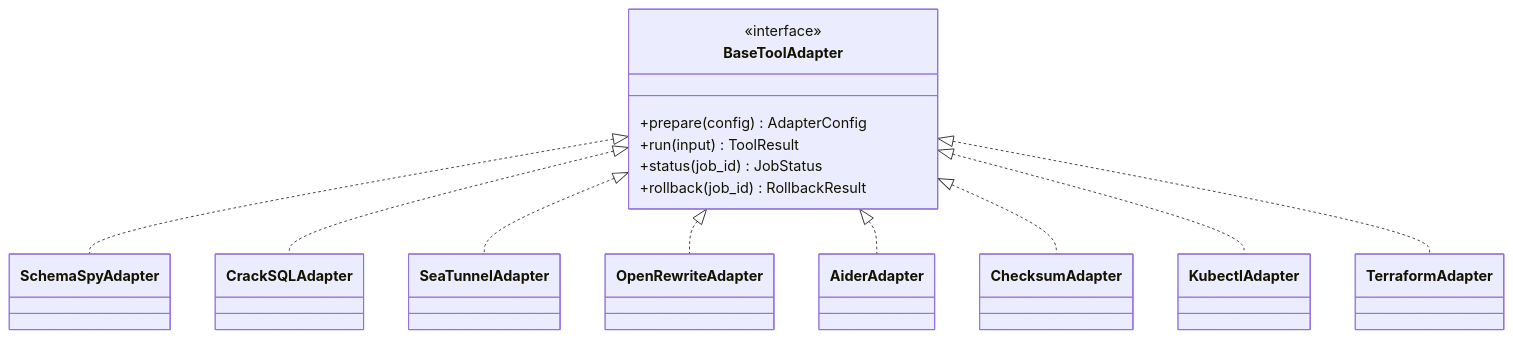
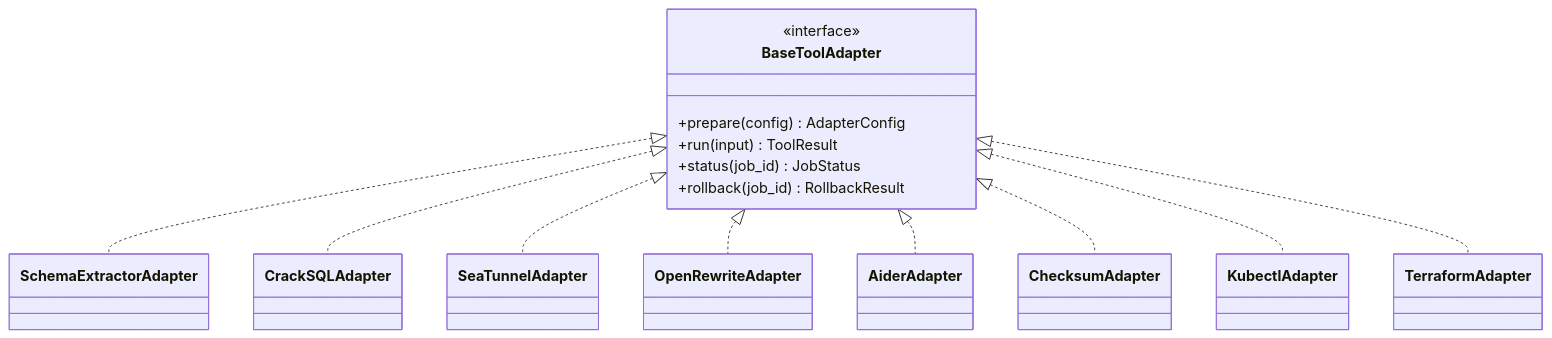
The third of 16 diagrams in architecture.md (rupak-banerjee-ness/Agentic-AI-Data-Migration), drawn with Mermaid before and after one commit. The commit also changed other lines of this file and 1 other file, not shown here.

Commit message:
Update architecture and human plan documentation to reflect changes in Assessment Agent's schema extraction process

````diff
--- a/architecture.md
+++ b/architecture.md
@@ -250,27 +250,27 @@
 ```mermaid
 classDiagram
     class BaseToolAdapter {
         <<interface>>
         +prepare(config) AdapterConfig
         +run(input) ToolResult
         +status(job_id) JobStatus
         +rollback(job_id) RollbackResult
     }
-    class SchemaSpyAdapter
+    class SchemaExtractorAdapter
     class CrackSQLAdapter
     class SeaTunnelAdapter
     class OpenRewriteAdapter
     class AiderAdapter
     class ChecksumAdapter
     class KubectlAdapter
     class TerraformAdapter
 
-    BaseToolAdapter <|.. SchemaSpyAdapter
+    BaseToolAdapter <|.. SchemaExtractorAdapter
     BaseToolAdapter <|.. CrackSQLAdapter
     BaseToolAdapter <|.. SeaTunnelAdapter
     BaseToolAdapter <|.. OpenRewriteAdapter
     BaseToolAdapter <|.. AiderAdapter
     BaseToolAdapter <|.. ChecksumAdapter
     BaseToolAdapter <|.. KubectlAdapter
     BaseToolAdapter <|.. TerraformAdapter
 ```
````
